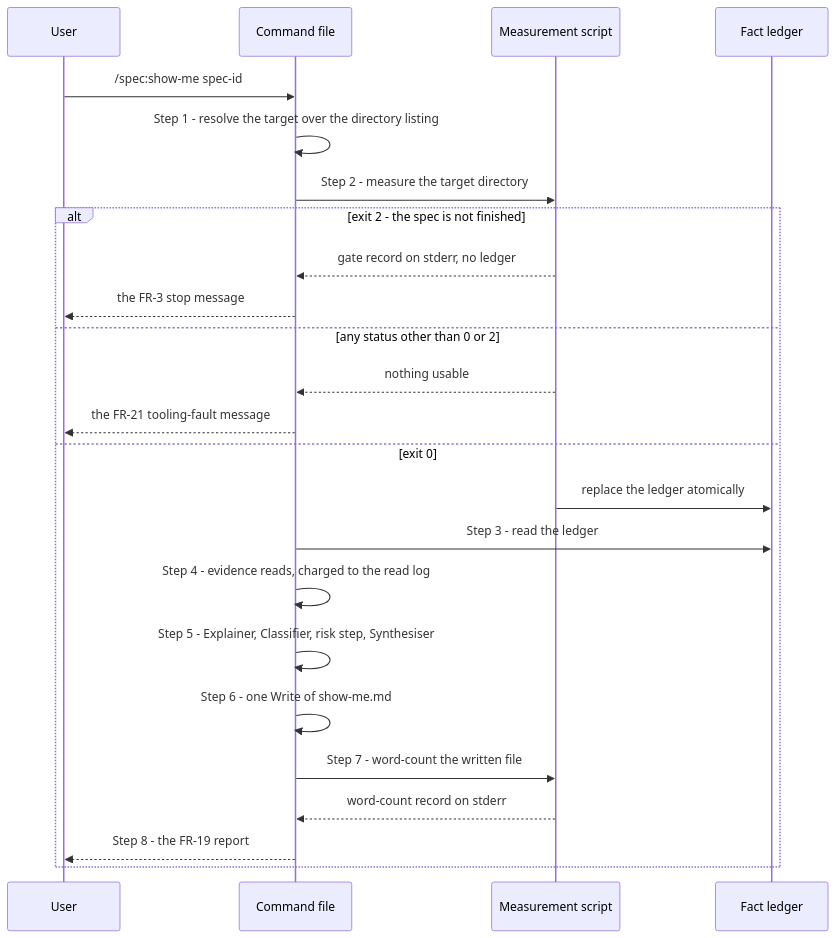
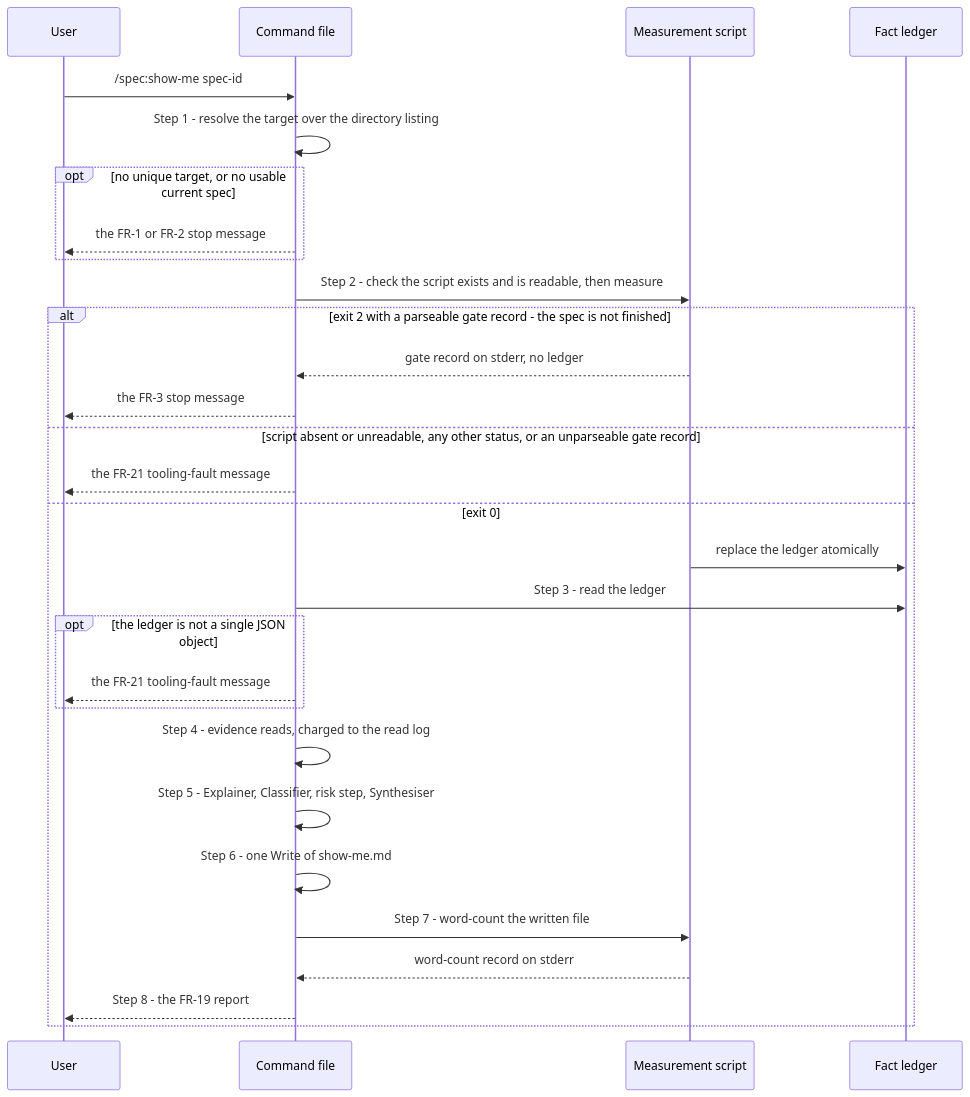
One commit to BrighterCommand/Brighter changed the first of 2 diagrams in docs/adr/0072-show-me-command-resolution-and-output.md. Above: the diagram before and after it, drawn with Mermaid. The commit also changed other lines of this file and 4 other files, not shown here.

````diff
--- a/docs/adr/0072-show-me-command-resolution-and-output.md
+++ b/docs/adr/0072-show-me-command-resolution-and-output.md
@@ -170,26 +174,31 @@
 ```mermaid
 sequenceDiagram
     participant U as User
     participant C as Command file
     participant M as Measurement script
     participant L as Fact ledger
     U->>C: /spec:show-me spec-id
     C->>C: Step 1 - resolve the target over the directory listing
-    C->>M: Step 2 - measure the target directory
-    alt exit 2 - the spec is not finished
+    opt no unique target, or no usable current spec
+        C-->>U: the FR-1 or FR-2 stop message
+    end
+    C->>M: Step 2 - check the script exists and is readable, then measure
+    alt exit 2 with a parseable gate record - the spec is not finished
         M-->>C: gate record on stderr, no ledger
         C-->>U: the FR-3 stop message
-    else any status other than 0 or 2
-        M-->>C: nothing usable
+    else script absent or unreadable, any other status, or an unparseable gate record
         C-->>U: the FR-21 tooling-fault message
     else exit 0
         M->>L: replace the ledger atomically
         C->>L: Step 3 - read the ledger
+        opt the ledger is not a single JSON object
+            C-->>U: the FR-21 tooling-fault message
+        end
         C->>C: Step 4 - evidence reads, charged to the read log
         C->>C: Step 5 - Explainer, Classifier, risk step, Synthesiser
         C->>C: Step 6 - one Write of show-me.md
         C->>M: Step 7 - word-count the written file
         M-->>C: word-count record on stderr
         C-->>U: Step 8 - the FR-19 report
     end
 ```
````
